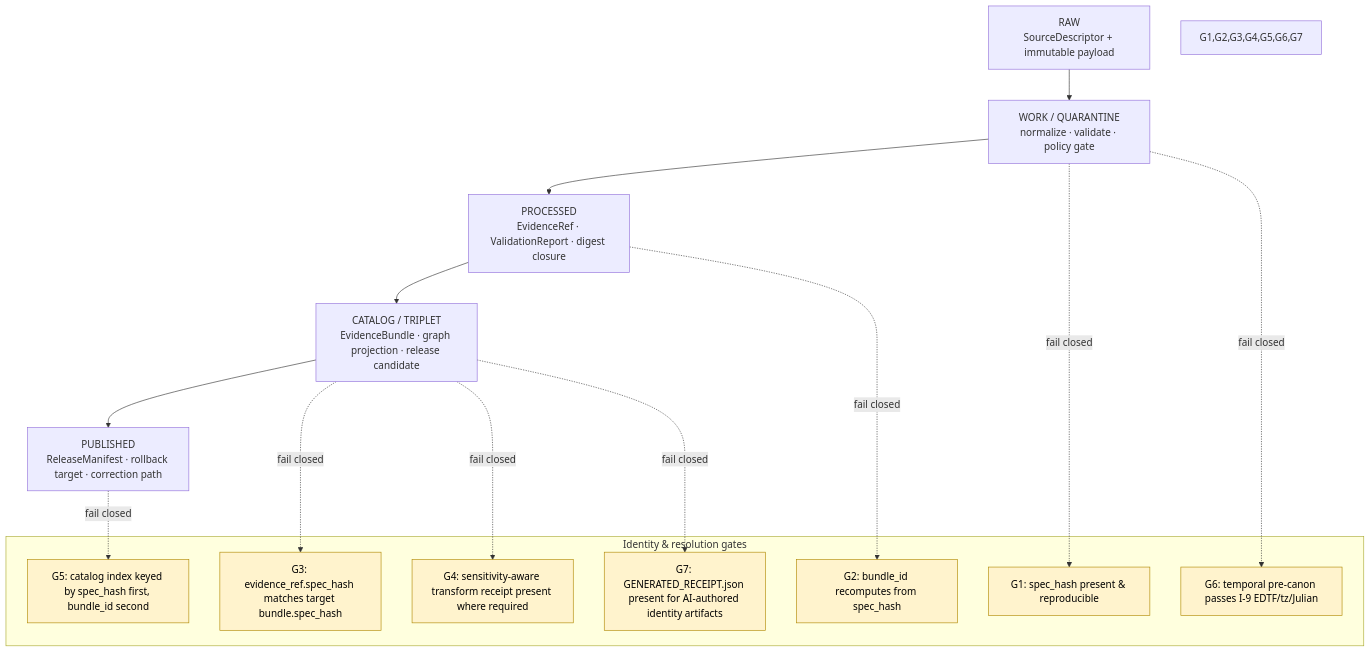
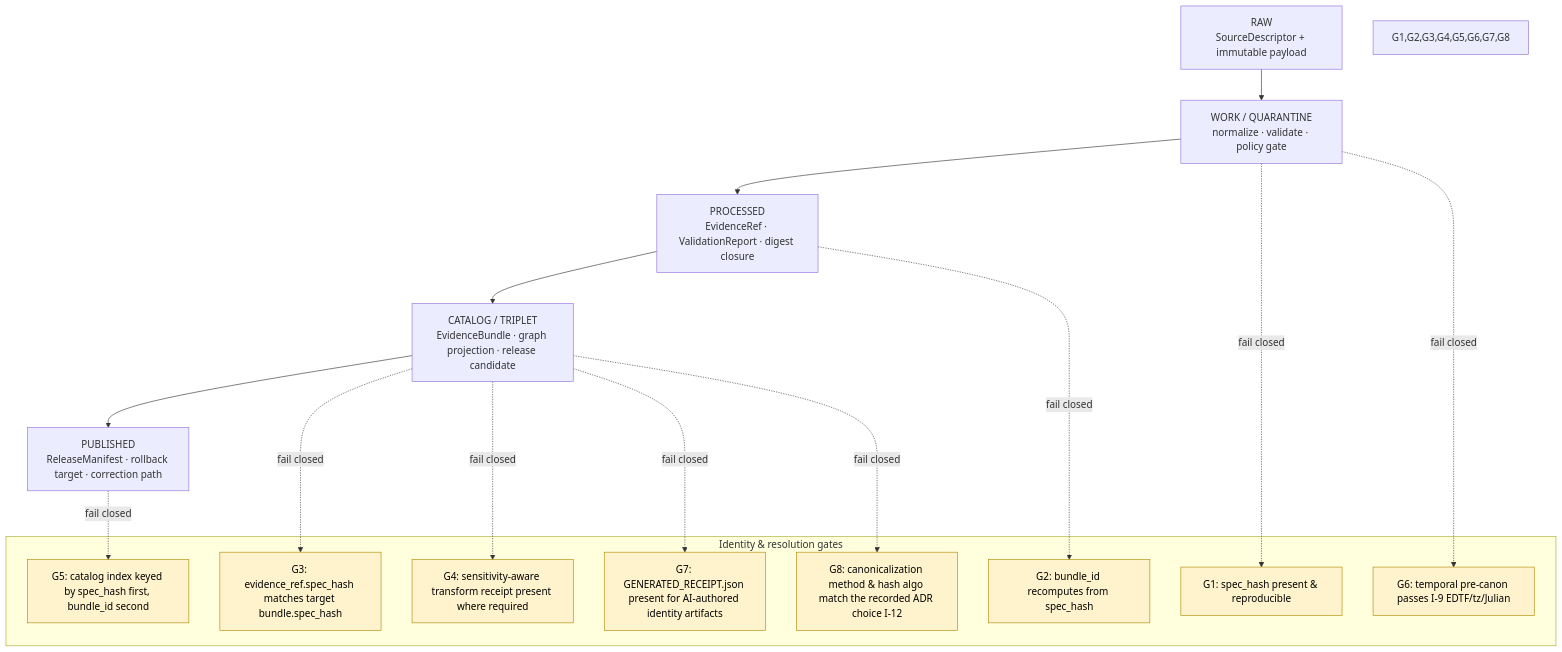
Before and after one commit to bartytime4life/Kansas-Frontier-Matrix: the third of 3 diagrams in docs/domains/archaeology/IDENTITY_MODEL.md, drawn with Mermaid. The commit also changed other lines of this file, not shown here.

````diff
--- a/docs/domains/archaeology/IDENTITY_MODEL.md
+++ b/docs/domains/archaeology/IDENTITY_MODEL.md
@@ -345,28 +360,30 @@
 ```mermaid
 flowchart TB
     R[RAW<br/>SourceDescriptor + immutable payload] --> W[WORK / QUARANTINE<br/>normalize · validate · policy gate]
     W --> P[PROCESSED<br/>EvidenceRef · ValidationReport · digest closure]
     P --> C[CATALOG / TRIPLET<br/>EvidenceBundle · graph projection · release candidate]
     C --> PUB[PUBLISHED<br/>ReleaseManifest · rollback target · correction path]
 
     subgraph IdentityGate[Identity & resolution gates]
       G1[G1: spec_hash present & reproducible]
       G2[G2: bundle_id recomputes from spec_hash]
       G3[G3: evidence_ref.spec_hash matches target bundle.spec_hash]
       G4[G4: sensitivity-aware transform receipt present where required]
       G5[G5: catalog index keyed by spec_hash first, bundle_id second]
       G6[G6: temporal pre-canon passes I-9 EDTF/tz/Julian]
       G7[G7: GENERATED_RECEIPT.json present for AI-authored identity artifacts]
+      G8[G8: canonicalization method & hash algo match the recorded ADR choice I-12]
     end
 
     W -.->|fail closed| G1
     W -.->|fail closed| G6
     P -.->|fail closed| G2
     C -.->|fail closed| G3
     C -.->|fail closed| G4
     C -.->|fail closed| G7
+    C -.->|fail closed| G8
     PUB -.->|fail closed| G5
 
     classDef gate fill:#fff3cd,stroke:#b08800,color:#000
-    G1,G2,G3,G4,G5,G6,G7:::gate
+    G1,G2,G3,G4,G5,G6,G7,G8:::gate
 ```
````
